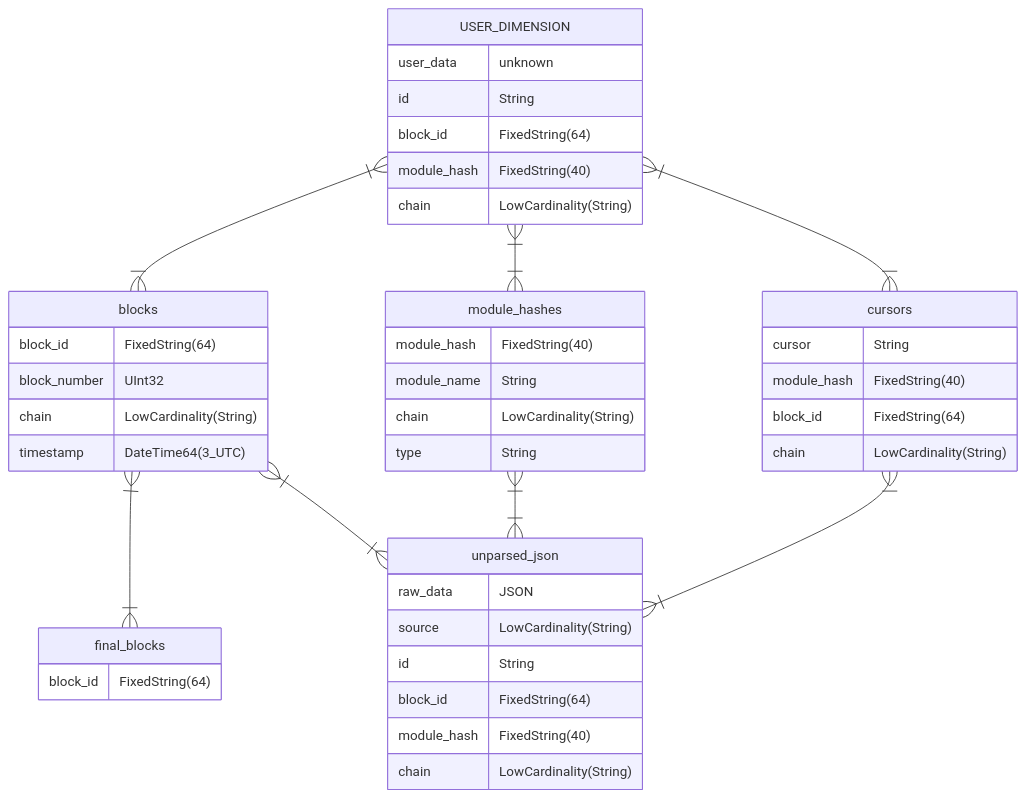
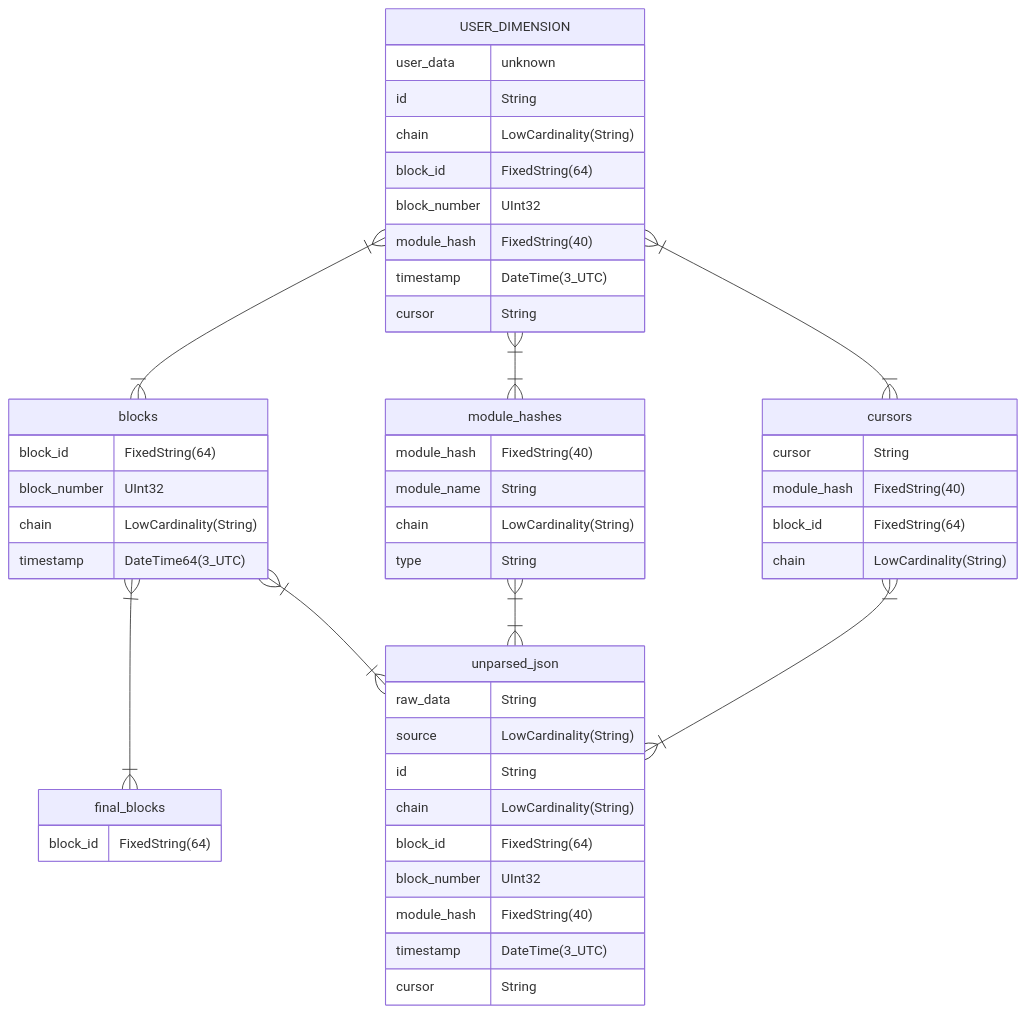
Before and after one commit to pinax-network/substreams-sink-clickhouse: the diagram in README.md, drawn with Mermaid.

````diff
--- a/README.md
+++ b/README.md
@@ -168,54 +168,60 @@
 ```mermaid
 erDiagram
     USER_DIMENSION }|--|{ blocks : " "
     USER_DIMENSION }|--|{ module_hashes : " "
     USER_DIMENSION }|--|{ cursors : " "
 
     blocks }|--|{ final_blocks : " "
 
     blocks }|--|{ unparsed_json : " "
     module_hashes }|--|{ unparsed_json : " "
     cursors }|--|{ unparsed_json : " "
 
     USER_DIMENSION {
         user_data unknown
         id String
+        chain LowCardinality(String)
         block_id FixedString(64)
+        block_number UInt32
         module_hash FixedString(40)
-        chain LowCardinality(String)
-    }
+        timestamp DateTime(3_UTC)
+        cursor String
+   }
 
     unparsed_json {
-        raw_data JSON
+        raw_data String
         source LowCardinality(String)
         id String
+        chain LowCardinality(String)
         block_id FixedString(64)
+        block_number UInt32
         module_hash FixedString(40)
-        chain LowCardinality(String)
+        timestamp DateTime(3_UTC)
+        cursor String
     }
 
     blocks {
           block_id FixedString(64)
           block_number UInt32
           chain LowCardinality(String)
           timestamp DateTime64(3_UTC)
     }
 
     module_hashes {
         module_hash   FixedString(40)
         module_name   String
         chain         LowCardinality(String)
         type          String
     }
 
     final_blocks {
         block_id FixedString(64)
     }
 
     cursors {
         cursor        String
         module_hash   FixedString(40)
         block_id      FixedString(64)
         chain         LowCardinality(String)
     }
 ```
````
